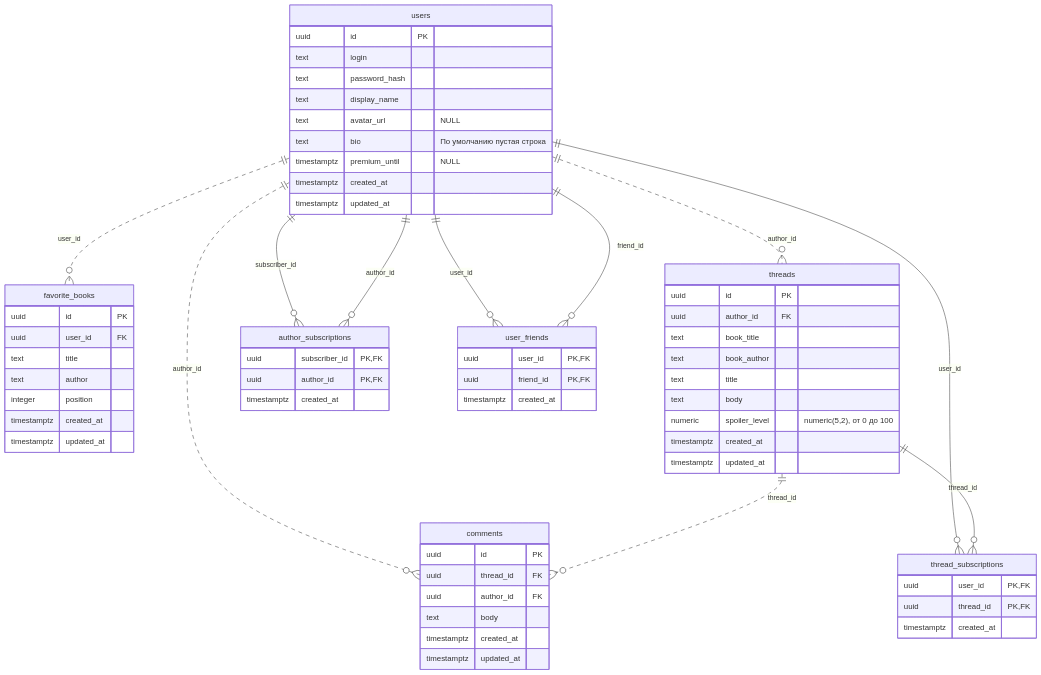
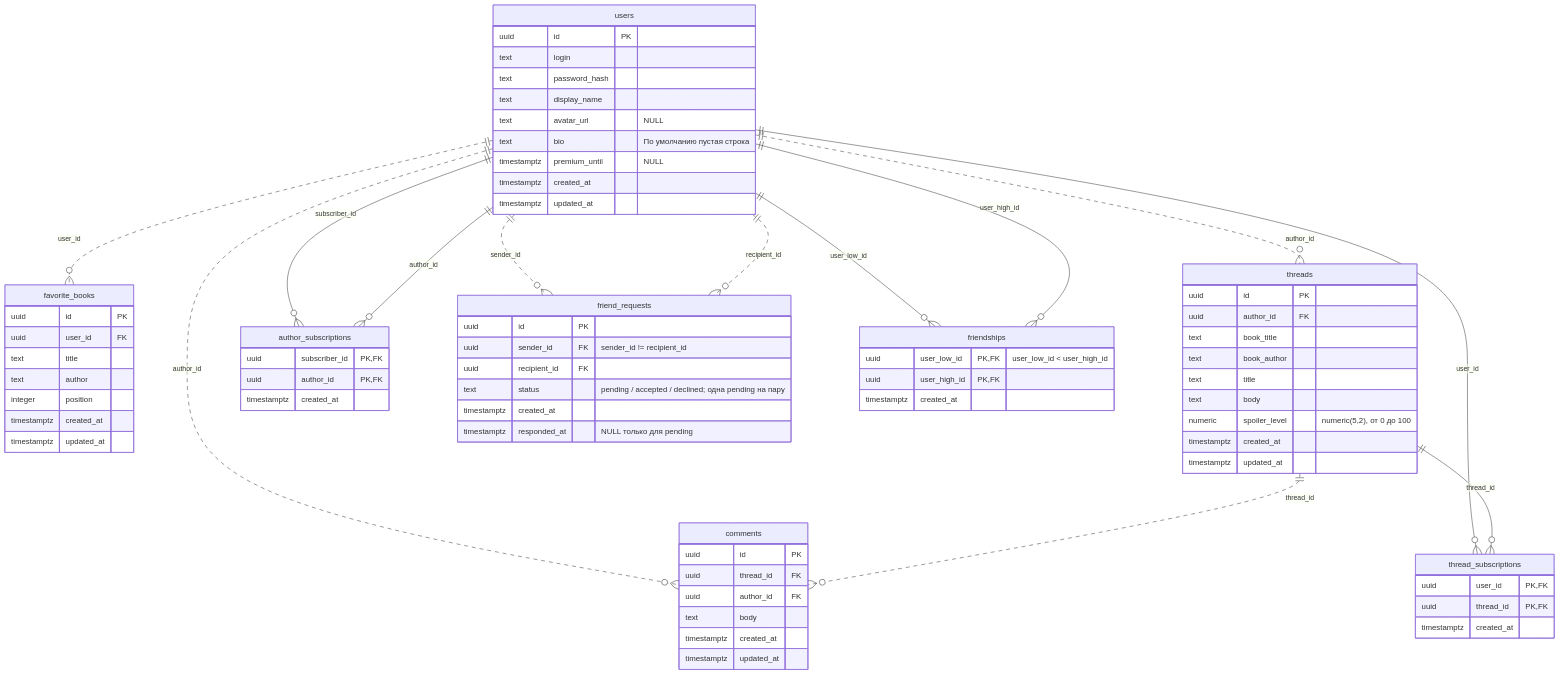
Before and after one commit to AlexeyDimitriev/PageMates: the diagram in docs/database.md, drawn with Mermaid. The commit also changed 4 other files, not shown here.

````diff
--- a/docs/database.md
+++ b/docs/database.md
@@ -57,9 +57,18 @@
         timestamptz created_at
     }
 
-    user_friends {
-        uuid user_id PK, FK
-        uuid friend_id PK, FK
+    friend_requests {
+        uuid id PK
+        uuid sender_id FK "sender_id != recipient_id"
+        uuid recipient_id FK
+        text status "pending / accepted / declined; одна pending на пару"
+        timestamptz created_at
+        timestamptz responded_at "NULL только для pending"
+    }
+
+    friendships {
+        uuid user_low_id PK, FK "user_low_id < user_high_id"
+        uuid user_high_id PK, FK
         timestamptz created_at
     }
 
@@ -71,6 +80,8 @@
     threads ||--o{ thread_subscriptions : "thread_id"
     users ||--o{ author_subscriptions : "subscriber_id"
     users ||--o{ author_subscriptions : "author_id"
-    users ||--o{ user_friends : "user_id"
-    users ||--o{ user_friends : "friend_id"
+    users ||..o{ friend_requests : "sender_id"
+    users ||..o{ friend_requests : "recipient_id"
+    users ||--o{ friendships : "user_low_id"
+    users ||--o{ friendships : "user_high_id"
 ```
````
